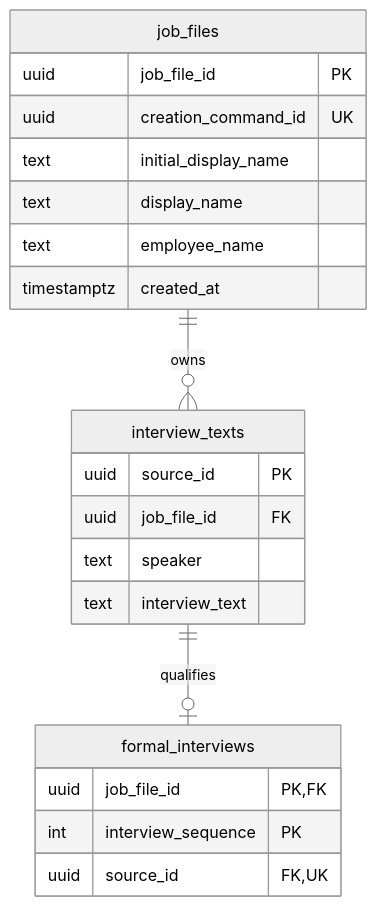
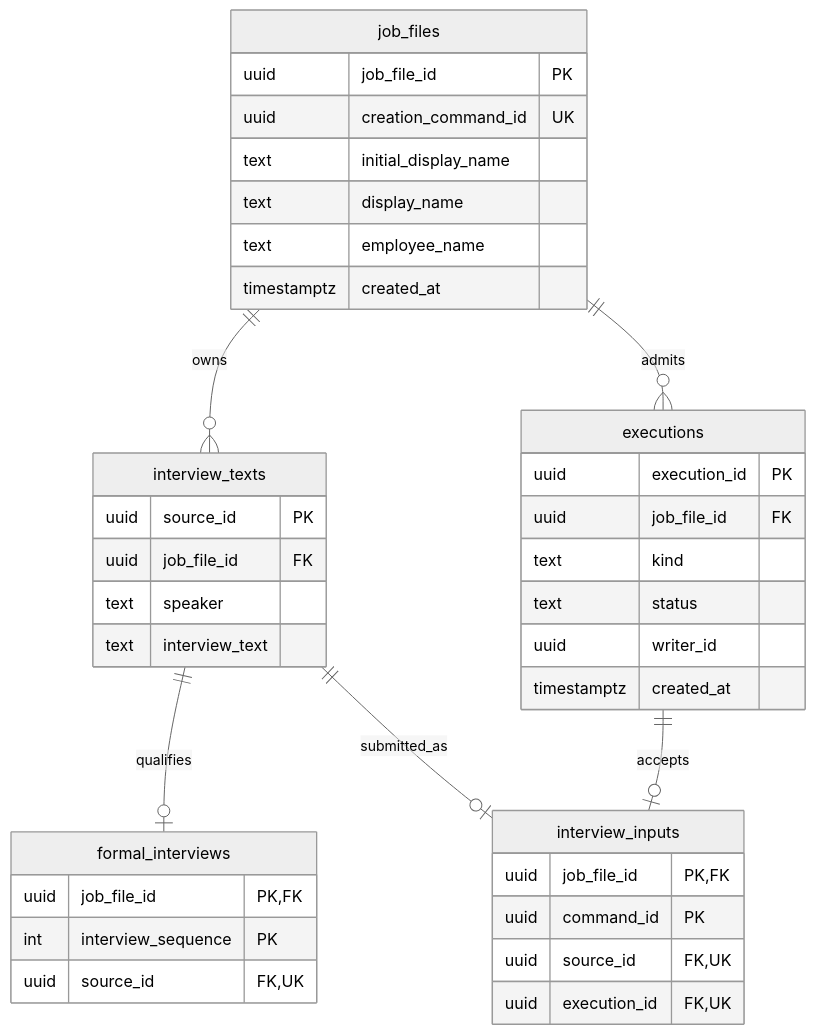
Before and after one commit to JD-Consultant/Caliburn: the diagram in docs/implementation/interview-storage.md, drawn with Mermaid (neutral theme). The commit also changed other lines of this file and 24 other files, not shown here.

````diff
--- a/docs/implementation/interview-storage.md
+++ b/docs/implementation/interview-storage.md
@@ -11,24 +11,41 @@
 ```mermaid
 erDiagram
   job_files ||--o{ interview_texts : owns
+  job_files ||--o{ executions : admits
   interview_texts ||--o| formal_interviews : qualifies
+  interview_texts ||--o| interview_inputs : submitted_as
+  executions ||--o| interview_inputs : accepts
   job_files {
     uuid job_file_id PK
     uuid creation_command_id UK
     text initial_display_name
     text display_name
     text employee_name
     timestamptz created_at
   }
   interview_texts {
     uuid source_id PK
     uuid job_file_id FK
     text speaker
     text interview_text
   }
   formal_interviews {
     uuid job_file_id PK,FK
     int interview_sequence PK
     uuid source_id FK,UK
   }
+  executions {
+    uuid execution_id PK
+    uuid job_file_id FK
+    text kind
+    text status
+    uuid writer_id
+    timestamptz created_at
+  }
+  interview_inputs {
+    uuid job_file_id PK,FK
+    uuid command_id PK
+    uuid source_id FK,UK
+    uuid execution_id FK,UK
+  }
 ```
````
